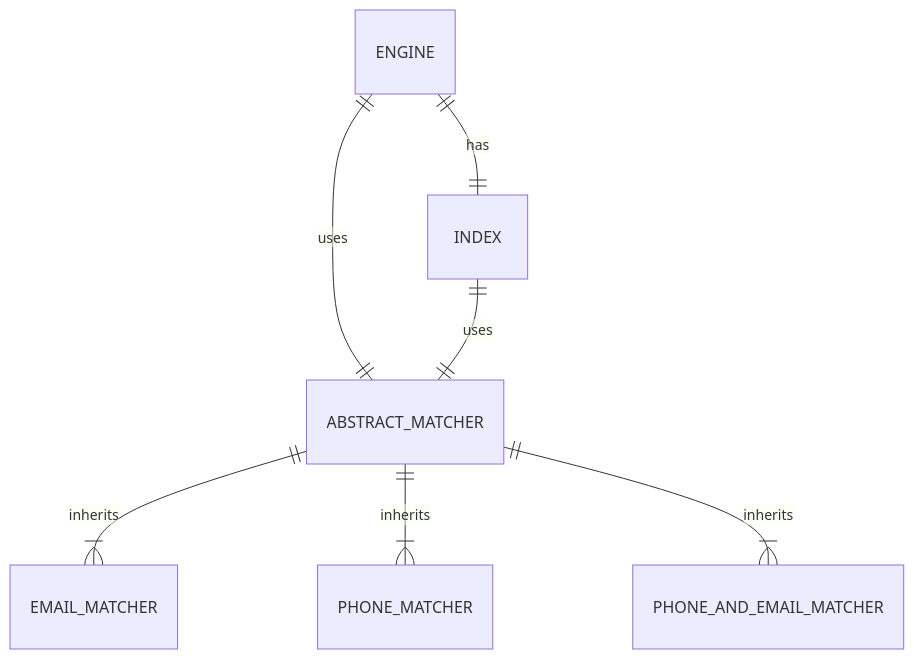
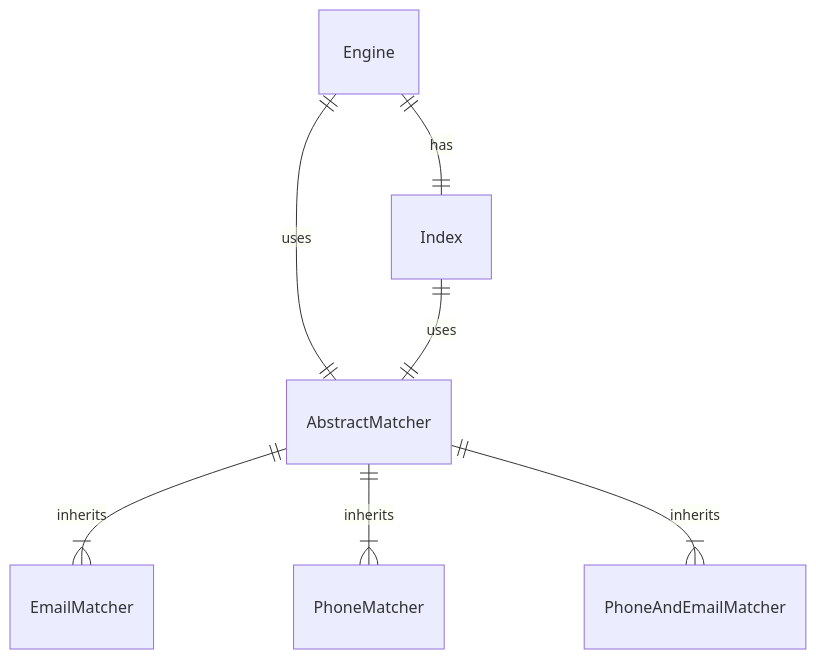
One commit to jacobdaddario/data_matching changed the diagram in README.md. Above: the diagram before and after it, drawn with Mermaid.

Commit message:
Corrected the casing of the constants in the mermaid diagram

````diff
--- a/README.md
+++ b/README.md
@@ -53,9 +53,9 @@
 ```mermaid
 erDiagram
-    ABSTRACT_MATCHER ||--|{ EMAIL_MATCHER : "inherits"
-    ABSTRACT_MATCHER ||--|{ PHONE_MATCHER : "inherits"
-    ABSTRACT_MATCHER ||--|{ PHONE_AND_EMAIL_MATCHER : "inherits"
-    ENGINE ||--|| INDEX : "has"
-    ENGINE ||--|| ABSTRACT_MATCHER : "uses"
-    INDEX ||--|| ABSTRACT_MATCHER : "uses"
+    AbstractMatcher ||--|{ EmailMatcher : "inherits"
+    AbstractMatcher ||--|{ PhoneMatcher : "inherits"
+    AbstractMatcher ||--|{ PhoneAndEmailMatcher : "inherits"
+    Engine ||--|| Index : "has"
+    Engine ||--|| AbstractMatcher : "uses"
+    Index ||--|| AbstractMatcher : "uses"
 ```
````
